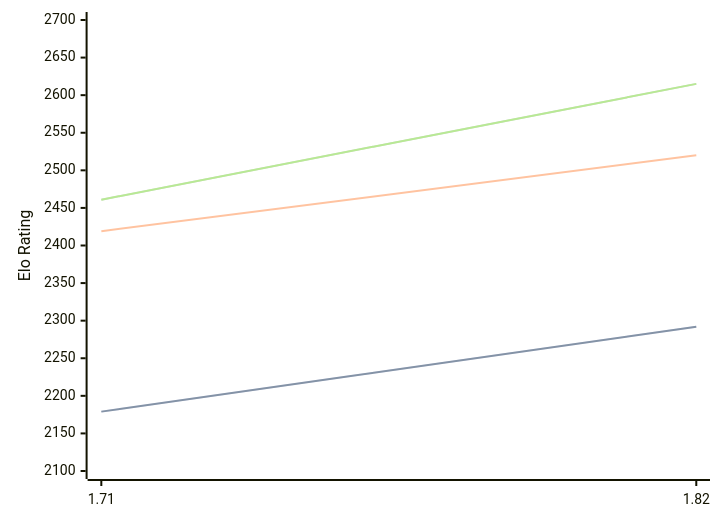
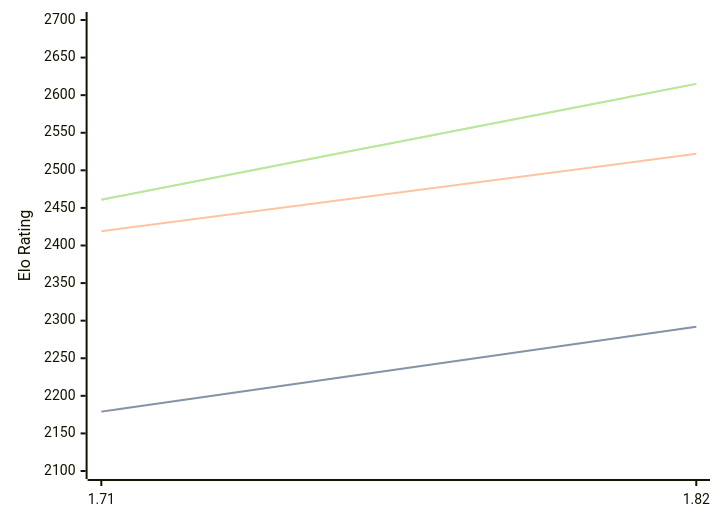
One commit to computer-chess-index/cci changed the third of 3 diagrams in engines/Amira.md. Above: the diagram before and after it, drawn with Mermaid. The commit also changed other lines of this file, not shown here.

````diff
--- a/engines/Amira.md
+++ b/engines/Amira.md
@@ -68,11 +68,11 @@
 ```mermaid
 %%{init: {"theme":"base","themeVariables":{"seriesColors:['#a3a3a3','#222221','#faa371']}}}%%
 xychart-beta
   x-axis ["1.71", "1.82"]
   y-axis "Elo Rating" 2100 --> 2700
   line "STC (8.0+0.08s)" [2179, 2292]
   line "STC (8.0+0.08s)" [2179, 2292]
-  line "LTC (60.0+0.60s)" [2419, 2520]
+  line "LTC (60.0+0.60s)" [2419, 2522]
   line "VLTC (2m24s+1.12s)" [2461, 2615]
   line "VLTC (2m24s+1.12s)" [2461, 2615]
 ```
````
